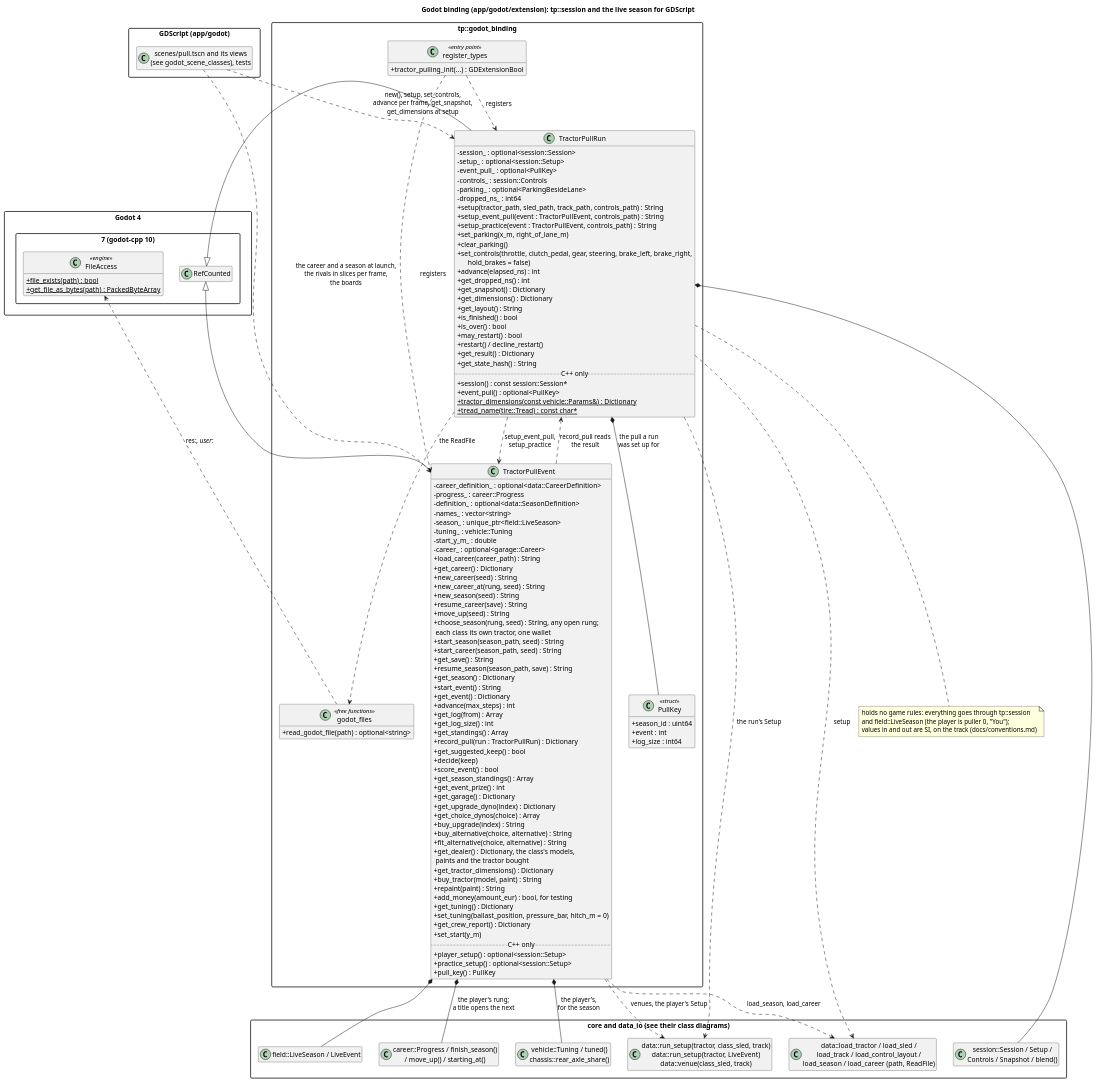
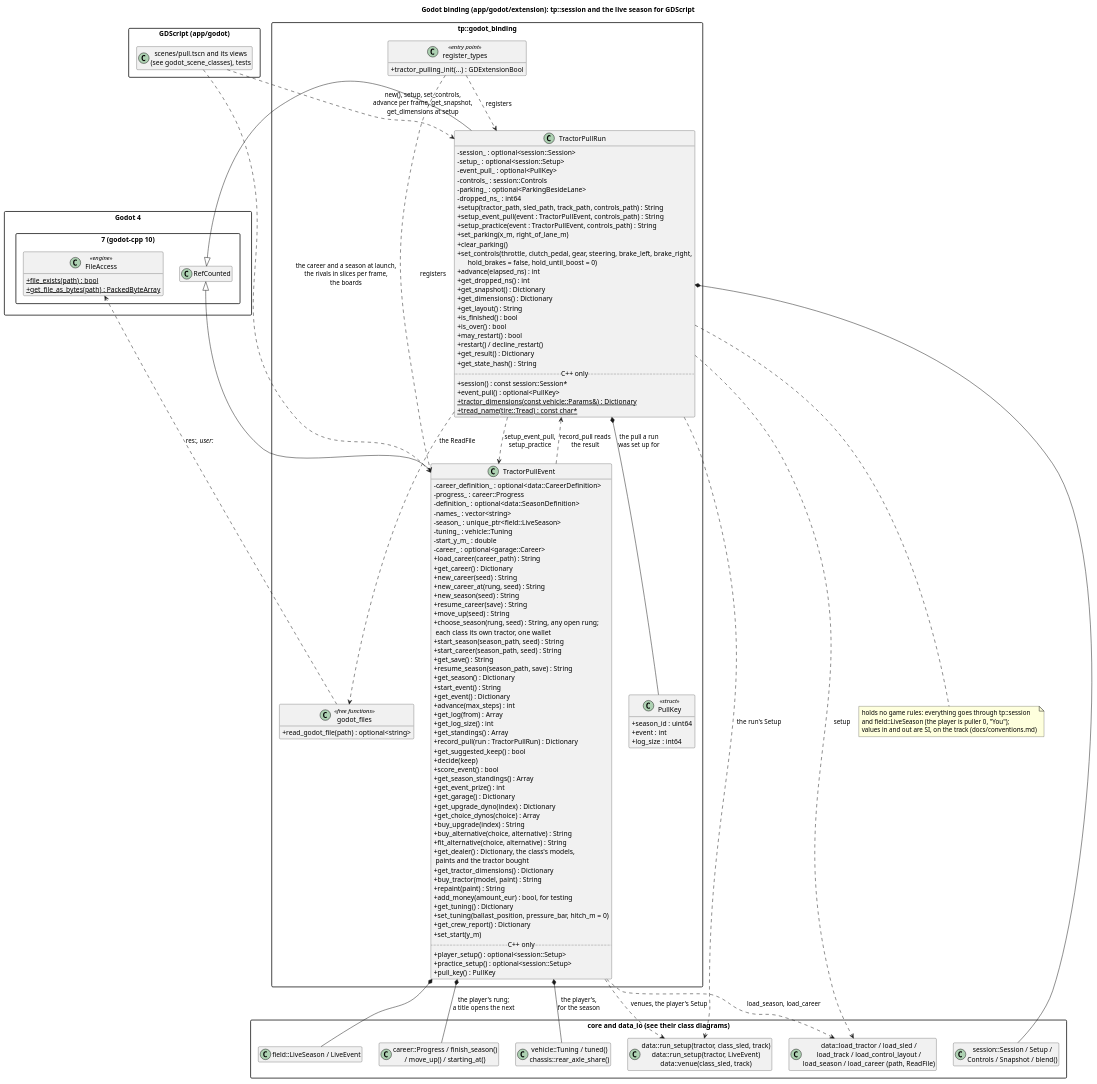
One commit to wversteeg/TractorPulling changed the diagram in docs/diagrams/godot_classes.puml. Above: the diagram before and after it, drawn with PlantUML. The commit also changed 27 other files, not shown here.

```diff
--- a/docs/diagrams/godot_classes.puml
+++ b/docs/diagrams/godot_classes.puml
@@ -1,150 +1,150 @@
 @startuml godot_classes
 title Godot binding (app/godot/extension): tp::session and the live season for GDScript
 hide empty members
 skinparam packageStyle rectangle
 skinparam classAttributeIconSize 0
 
 package "Godot 4.7 (godot-cpp 10)" {
   class RefCounted
   class FileAccess <<engine>> {
     +{static} file_exists(path) : bool
     +{static} get_file_as_bytes(path) : PackedByteArray
   }
 }
 
 package "tp::godot_binding" {
   class TractorPullRun {
     -session_ : optional<session::Session>
     -setup_ : optional<session::Setup>
     -event_pull_ : optional<PullKey>
     -controls_ : session::Controls
     -parking_ : optional<ParkingBesideLane>
     -dropped_ns_ : int64
     +setup(tractor_path, sled_path, track_path, controls_path) : String
     +setup_event_pull(event : TractorPullEvent, controls_path) : String
     +setup_practice(event : TractorPullEvent, controls_path) : String
     +set_parking(x_m, right_of_lane_m)
     +clear_parking()
-    +set_controls(throttle, clutch_pedal, gear, steering, brake_left, brake_right,\n      hold_brakes = false)
+    +set_controls(throttle, clutch_pedal, gear, steering, brake_left, brake_right,\n      hold_brakes = false, hold_until_boost = 0)
     +advance(elapsed_ns) : int
     +get_dropped_ns() : int
     +get_snapshot() : Dictionary
     +get_dimensions() : Dictionary
     +get_layout() : String
     +is_finished() : bool
     +is_over() : bool
     +may_restart() : bool
     +restart() / decline_restart()
     +get_result() : Dictionary
     +get_state_hash() : String
     ..C++ only..
     +session() : const session::Session*
     +event_pull() : optional<PullKey>
     +{static} tractor_dimensions(const vehicle::Params&) : Dictionary
     +{static} tread_name(tire::Tread) : const char*
   }
   class TractorPullEvent {
     -career_definition_ : optional<data::CareerDefinition>
     -progress_ : career::Progress
     -definition_ : optional<data::SeasonDefinition>
     -names_ : vector<string>
     -season_ : unique_ptr<field::LiveSeason>
     -tuning_ : vehicle::Tuning
     -start_y_m_ : double
     -career_ : optional<garage::Career>
     +load_career(career_path) : String
     +get_career() : Dictionary
     +new_career(seed) : String
     +new_career_at(rung, seed) : String
     +new_season(seed) : String
     +resume_career(save) : String
     +move_up(seed) : String
     +choose_season(rung, seed) : String, any open rung;\n each class its own tractor, one wallet
     +start_season(season_path, seed) : String
     +start_career(season_path, seed) : String
     +get_save() : String
     +resume_season(season_path, save) : String
     +get_season() : Dictionary
     +start_event() : String
     +get_event() : Dictionary
     +advance(max_steps) : int
     +get_log(from) : Array
     +get_log_size() : int
     +get_standings() : Array
     +record_pull(run : TractorPullRun) : Dictionary
     +get_suggested_keep() : bool
     +decide(keep)
     +score_event() : bool
     +get_season_standings() : Array
     +get_event_prize() : int
     +get_garage() : Dictionary
     +get_upgrade_dyno(index) : Dictionary
     +get_choice_dynos(choice) : Array
     +buy_upgrade(index) : String
     +buy_alternative(choice, alternative) : String
     +fit_alternative(choice, alternative) : String
     +get_dealer() : Dictionary, the class's models,\n paints and the tractor bought
     +get_tractor_dimensions() : Dictionary
     +buy_tractor(model, paint) : String
     +repaint(paint) : String
     +add_money(amount_eur) : bool, for testing
     +get_tuning() : Dictionary
     +set_tuning(ballast_position, pressure_bar, hitch_m = 0)
     +get_crew_report() : Dictionary
     +set_start(y_m)
     ..C++ only..
     +player_setup() : optional<session::Setup>
     +practice_setup() : optional<session::Setup>
     +pull_key() : PullKey
   }
   class PullKey <<struct>> {
     +season_id : uint64
     +event : int
     +log_size : int64
   }
   TractorPullRun *-- PullKey : the pull a run\nwas set up for
   class "godot_files" as Files <<free functions>> {
     +read_godot_file(path) : optional<string>
   }
   class "register_types" as Register <<entry point>> {
     +tractor_pulling_init(...) : GDExtensionBool
   }
 }
 
 package "core and data_io (see their class diagrams)" {
   class "session::Session / Setup /\nControls / Snapshot / blend()" as Session
   class "data::load_tractor / load_sled /\nload_track / load_control_layout /\nload_season / load_career (path, ReadFile)" as Loaders
   class "data::run_setup(tractor, class_sled, track)\ndata::run_setup(tractor, LiveEvent)\ndata::venue(class_sled, track)" as RunSetup
   class "field::LiveSeason / LiveEvent" as Live
   class "career::Progress / finish_season()\n/ move_up() / starting_at()" as Career
   class "vehicle::Tuning / tuned()\nchassis::rear_axle_share()" as Tuning
 }
 
 package "GDScript (app/godot)" {
   class "scenes/pull.tscn and its views\n(see godot_scene_classes), tests" as Scripts
 }
 
 RefCounted <|-- TractorPullRun
 RefCounted <|-- TractorPullEvent
 Register ..> TractorPullRun : registers
 Register ..> TractorPullEvent : registers
 TractorPullEvent *-- Live
 TractorPullEvent *-- Tuning : the player's,\nfor the season
 TractorPullEvent ..> Loaders : load_season, load_career
 TractorPullEvent *-- Career : the player's rung;\na title opens the next
 TractorPullEvent ..> RunSetup : venues, the player's Setup
 TractorPullRun ..> TractorPullEvent : setup_event_pull,\nsetup_practice
 TractorPullEvent ..> TractorPullRun : record_pull reads\nthe result
 TractorPullRun *-- Session
 TractorPullRun ..> Loaders : setup
 TractorPullRun ..> RunSetup : the run's Setup
 TractorPullRun ..> Files : the ReadFile
 Files ..> FileAccess : res://, user://
 Scripts ..> TractorPullRun : new(), setup, set_controls,\nadvance per frame, get_snapshot,\nget_dimensions at setup
 Scripts ..> TractorPullEvent : the career and a season at launch,\nthe rivals in slices per frame,\nthe boards
 note bottom of TractorPullRun
   holds no game rules: everything goes through tp::session
   and field::LiveSeason (the player is puller 0, "You");
   values in and out are SI, on the track (docs/conventions.md)
 end note
 @enduml
```
